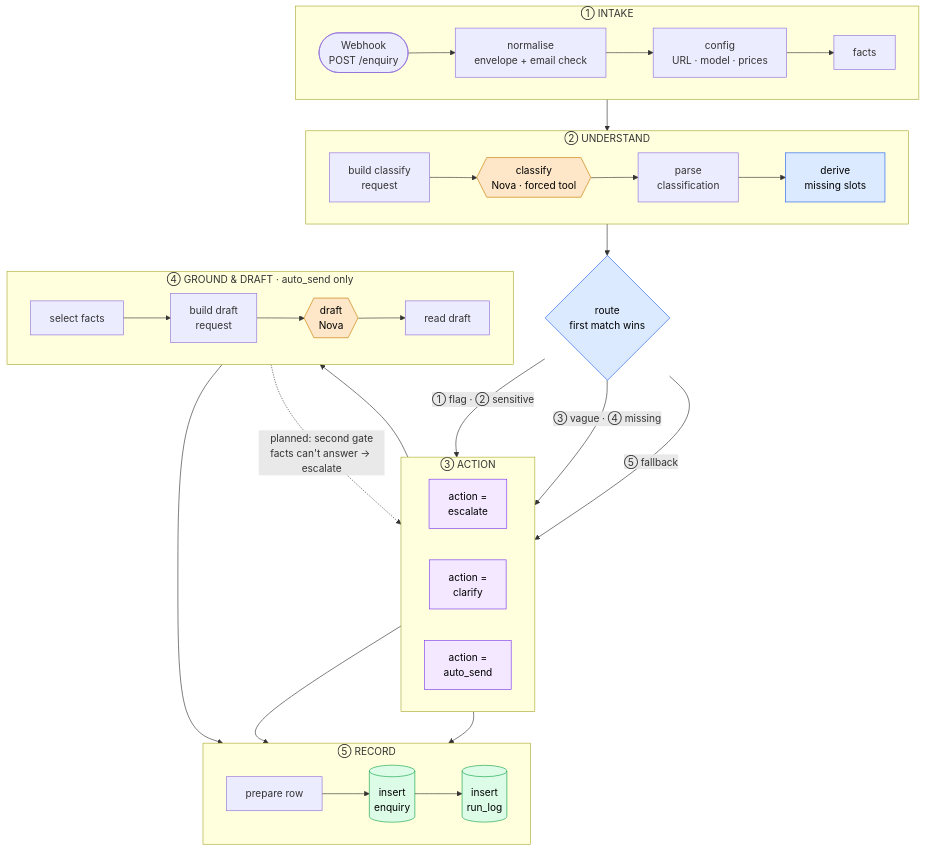
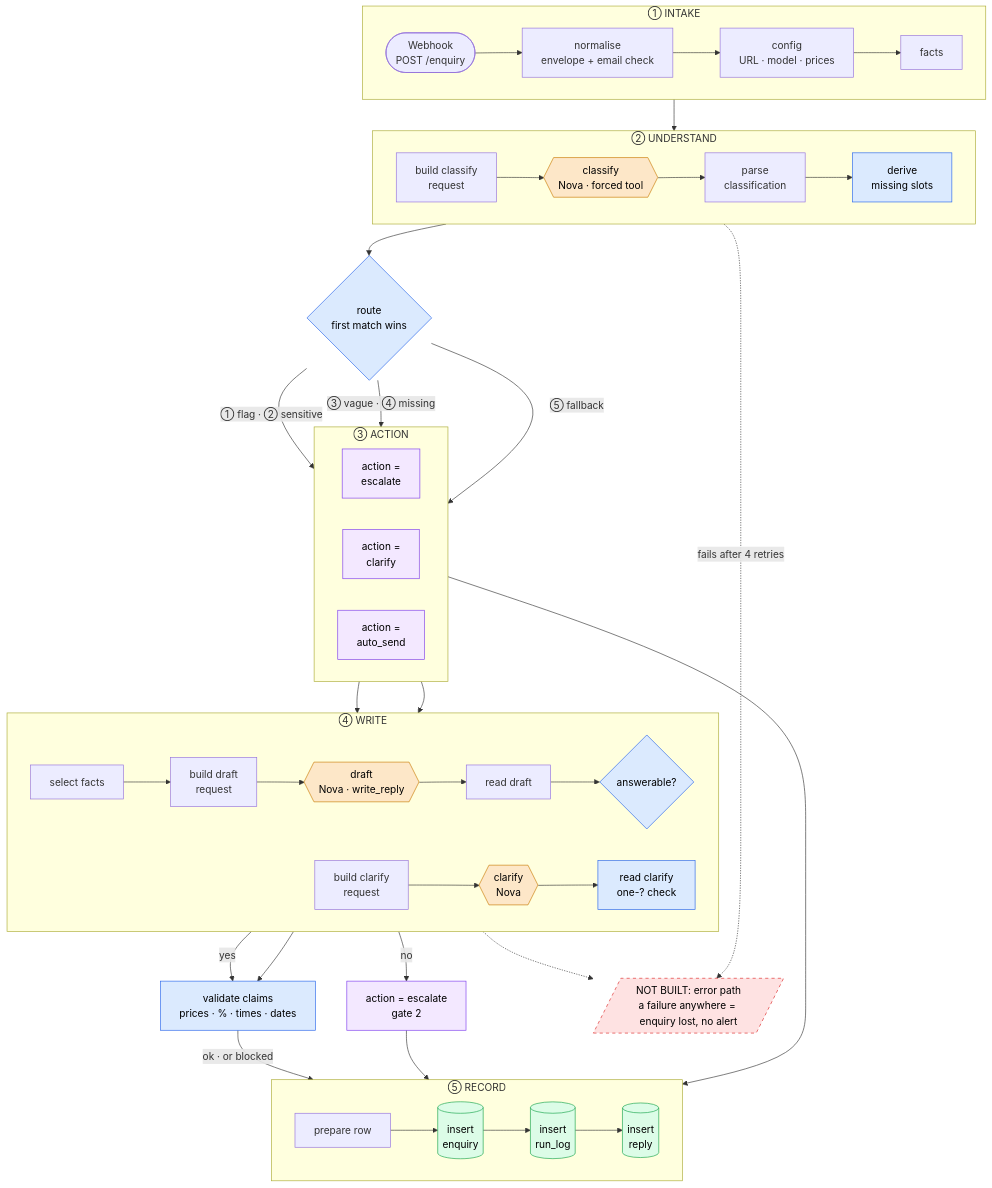
One commit to deeowemez/enquiry-desk changed the diagram in STATE.md. Above: the diagram before and after it, drawn with Mermaid. The commit also changed other lines of this file and 4 other files, not shown here.

First line of the commit message:
Session 2 done: second gate, clarify branch, claim validator, reply table

````diff
--- a/STATE.md
+++ b/STATE.md
@@ -21,51 +34,64 @@
 ```mermaid
 flowchart TB
   subgraph S1["① INTAKE"]
     direction LR
     W([Webhook<br/>POST /enquiry]) --> N[normalise<br/>envelope + email check] --> CFG[config<br/>URL · model · prices] --> F[facts]
   end
 
   subgraph S2["② UNDERSTAND"]
     direction LR
     BC[build classify<br/>request] --> C{{classify<br/>Nova · forced tool}} --> PC[parse<br/>classification] --> D[derive<br/>missing slots]
   end
 
   R{route<br/>first match wins}
 
   subgraph S3["③ ACTION"]
     direction LR
     E[action =<br/>escalate]
     Q[action =<br/>clarify]
     A[action =<br/>auto_send]
   end
 
-  subgraph S4["④ GROUND & DRAFT · auto_send only"]
+  subgraph S4["④ WRITE"]
     direction LR
-    SF[select facts] --> BD[build draft<br/>request] --> DR{{draft<br/>Nova}} --> RD[read draft]
+    SF[select facts] --> BD[build draft<br/>request] --> DR{{draft<br/>Nova · write_reply}} --> RD[read draft] --> G{answerable?}
+    BQ[build clarify<br/>request] --> CL{{clarify<br/>Nova}} --> RQ[read clarify<br/>one-? check]
   end
+
+  V[validate claims<br/>prices · % · times · dates]
+  E2[action = escalate<br/>gate 2]
 
   subgraph S5["⑤ RECORD"]
     direction LR
-    P[prepare row] --> IE[(insert<br/>enquiry)] --> RL[(insert<br/>run_log)]
+    P[prepare row] --> IE[(insert<br/>enquiry)] --> RL[(insert<br/>run_log)] --> RP[(insert<br/>reply)]
   end
+
+  X[/"NOT BUILT: error path<br/>a failure anywhere = enquiry lost, no alert"/]
 
   F --> BC
   D --> R
   R -- "① flag · ② sensitive" --> E
   R -- "③ vague · ④ missing" --> Q
   R -- "⑤ fallback" --> A
   A --> SF
+  Q --> BQ
+  G -- "yes" --> V
+  G -- "no" --> E2
+  RQ --> V
+  V -- "ok · or blocked" --> P
   E --> P
-  Q --> P
-  RD --> P
-  RD -. "planned: second gate<br/>facts can't answer → escalate" .-> E
+  E2 --> P
+  C -. "fails after 4 retries" .-> X
+  DR -.-> X
 
   classDef model fill:#fde7c8,stroke:#c97a00,color:#000
   classDef code fill:#dbeafe,stroke:#2563eb,color:#000
   classDef db fill:#dcfce7,stroke:#16a34a,color:#000
   classDef act fill:#f3e8ff,stroke:#7c3aed,color:#000
-  class C,DR model
-  class D,R code
-  class IE,RL db
-  class E,Q,A act
+  classDef gap fill:#fee2e2,stroke:#dc2626,color:#000,stroke-dasharray:5 5
+  class C,DR,CL model
+  class D,R,G,V,RQ code
+  class IE,RL,RP db
+  class E,Q,A,E2 act
+  class X gap
 ```
````
